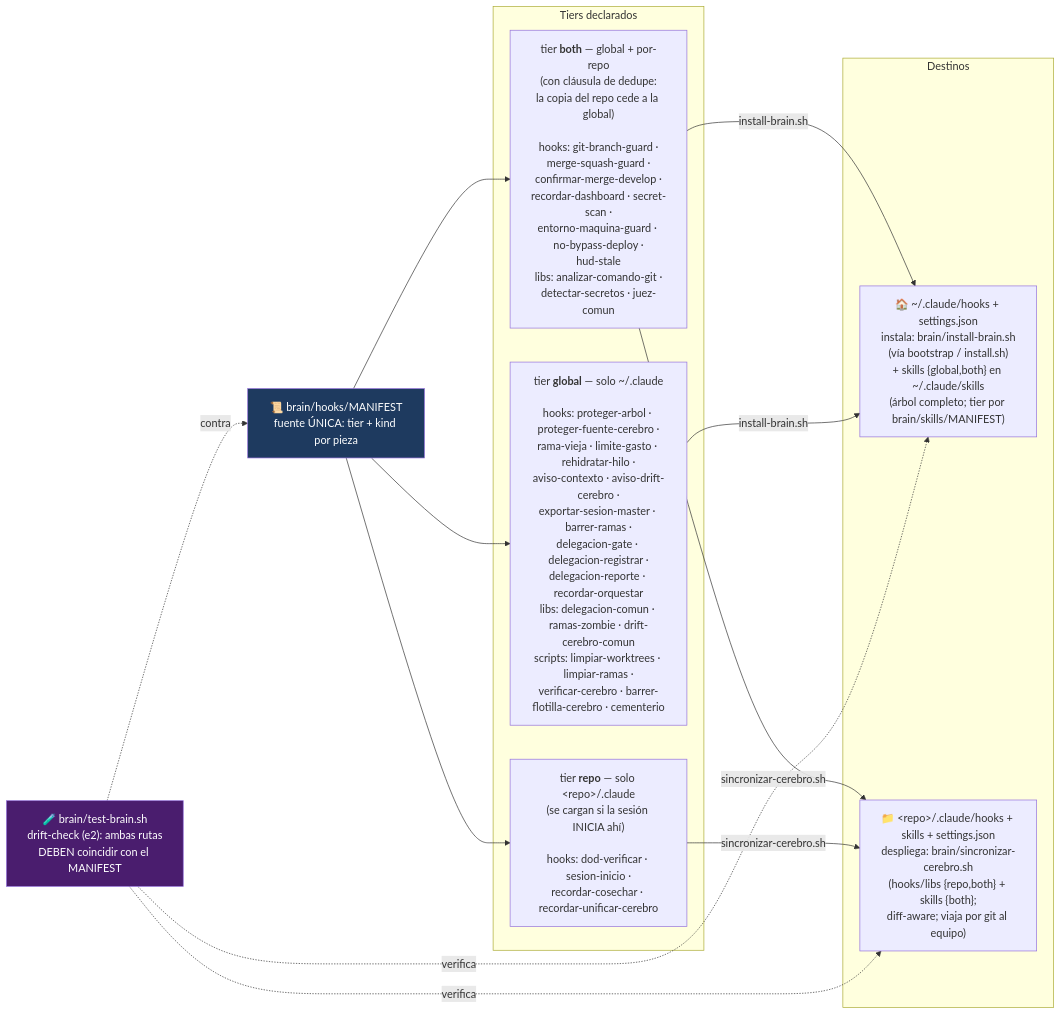
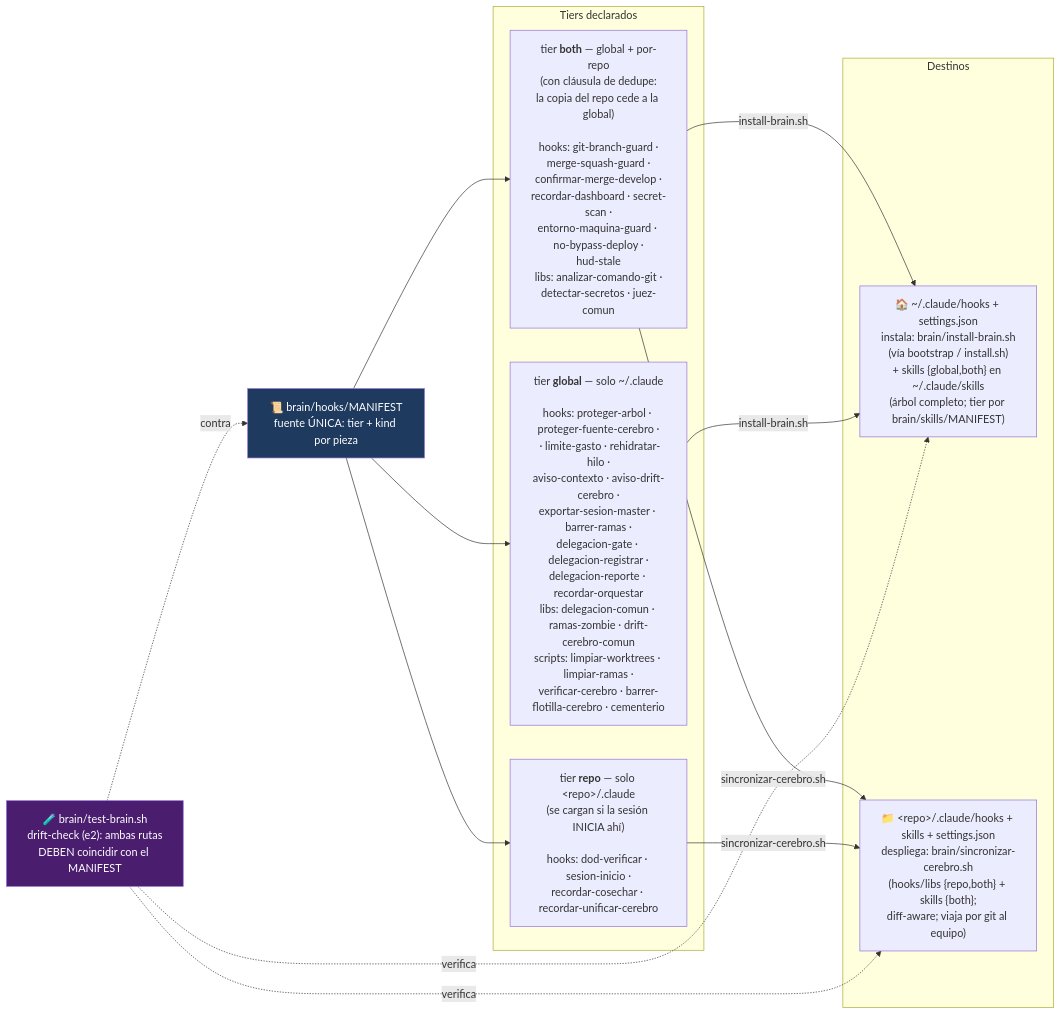
One commit to unjordi/cortex changed the fourth of 4 diagrams in docs/mapa-cerebro.md. Above: the diagram before and after it, drawn with Mermaid. The commit also changed other lines of this file and 7 other files, not shown here.

````diff
--- a/docs/mapa-cerebro.md
+++ b/docs/mapa-cerebro.md
@@ -188,31 +187,31 @@
 ```mermaid
 flowchart LR
     MANIFEST["📜 brain/hooks/MANIFEST<br/>fuente ÚNICA: tier + kind por pieza"]
 
     subgraph tiers["Tiers declarados"]
         BOTH["tier <b>both</b> — global + por-repo<br/>(con cláusula de dedupe:<br/>la copia del repo cede a la global)<br/><br/>hooks: git-branch-guard ·<br/>merge-squash-guard ·<br/>confirmar-merge-develop ·<br/>recordar-dashboard · secret-scan ·<br/>entorno-maquina-guard · no-bypass-deploy ·<br/>hud-stale<br/>libs: analizar-comando-git ·<br/>detectar-secretos · juez-comun"]
-        GLOBAL["tier <b>global</b> — solo ~/.claude<br/><br/>hooks: proteger-arbol · proteger-fuente-cerebro ·<br/>rama-vieja · limite-gasto · rehidratar-hilo ·<br/>aviso-contexto · aviso-drift-cerebro ·<br/>exportar-sesion-master · barrer-ramas ·<br/>delegacion-gate · delegacion-registrar ·<br/>delegacion-reporte · recordar-orquestar<br/>libs: delegacion-comun · ramas-zombie · drift-cerebro-comun<br/>scripts: limpiar-worktrees · limpiar-ramas ·<br/>verificar-cerebro · barrer-flotilla-cerebro · cementerio"]
+        GLOBAL["tier <b>global</b> — solo ~/.claude<br/><br/>hooks: proteger-arbol · proteger-fuente-cerebro ·<br/> · limite-gasto · rehidratar-hilo ·<br/>aviso-contexto · aviso-drift-cerebro ·<br/>exportar-sesion-master · barrer-ramas ·<br/>delegacion-gate · delegacion-registrar ·<br/>delegacion-reporte · recordar-orquestar<br/>libs: delegacion-comun · ramas-zombie · drift-cerebro-comun<br/>scripts: limpiar-worktrees · limpiar-ramas ·<br/>verificar-cerebro · barrer-flotilla-cerebro · cementerio"]
         REPO["tier <b>repo</b> — solo &lt;repo&gt;/.claude<br/>(se cargan si la sesión INICIA ahí)<br/><br/>hooks: dod-verificar · sesion-inicio ·<br/>recordar-cosechar · recordar-unificar-cerebro"]
     end
 
     subgraph destinos["Destinos"]
         GDIR["🏠 ~/.claude/hooks + settings.json<br/>instala: brain/install-brain.sh<br/>(vía bootstrap / install.sh)<br/>+ skills {global,both} en ~/.claude/skills<br/>(árbol completo; tier por brain/skills/MANIFEST)"]
         RDIR["📁 &lt;repo&gt;/.claude/hooks + skills + settings.json<br/>despliega: brain/sincronizar-cerebro.sh<br/>(hooks/libs {repo,both} + skills {both};<br/>diff-aware; viaja por git al equipo)"]
     end
 
     TEST["🧪 brain/test-brain.sh<br/>drift-check (e2): ambas rutas<br/>DEBEN coincidir con el MANIFEST"]
 
     MANIFEST --> BOTH
     MANIFEST --> GLOBAL
     MANIFEST --> REPO
     BOTH -->|"install-brain.sh"| GDIR
     BOTH -->|"sincronizar-cerebro.sh"| RDIR
     GLOBAL -->|"install-brain.sh"| GDIR
     REPO -->|"sincronizar-cerebro.sh"| RDIR
     TEST -.->|verifica| GDIR
     TEST -.->|verifica| RDIR
     TEST -.->|contra| MANIFEST
 
     style MANIFEST fill:#1e3a5f,color:#fff
     style TEST fill:#4a1d6e,color:#fff
 ```
````
